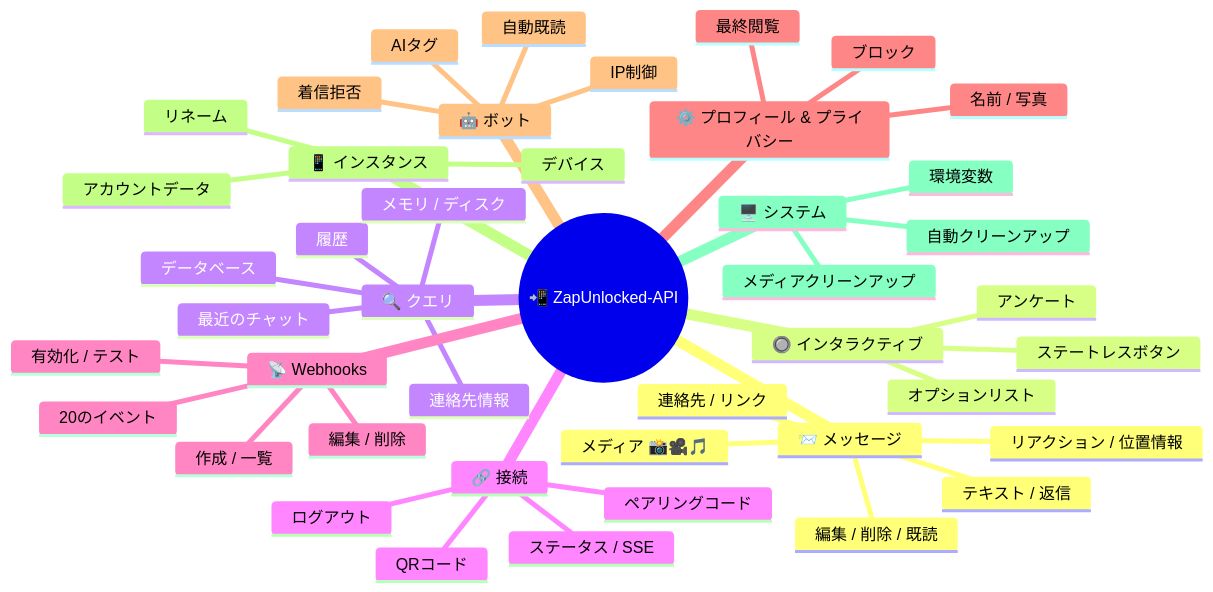
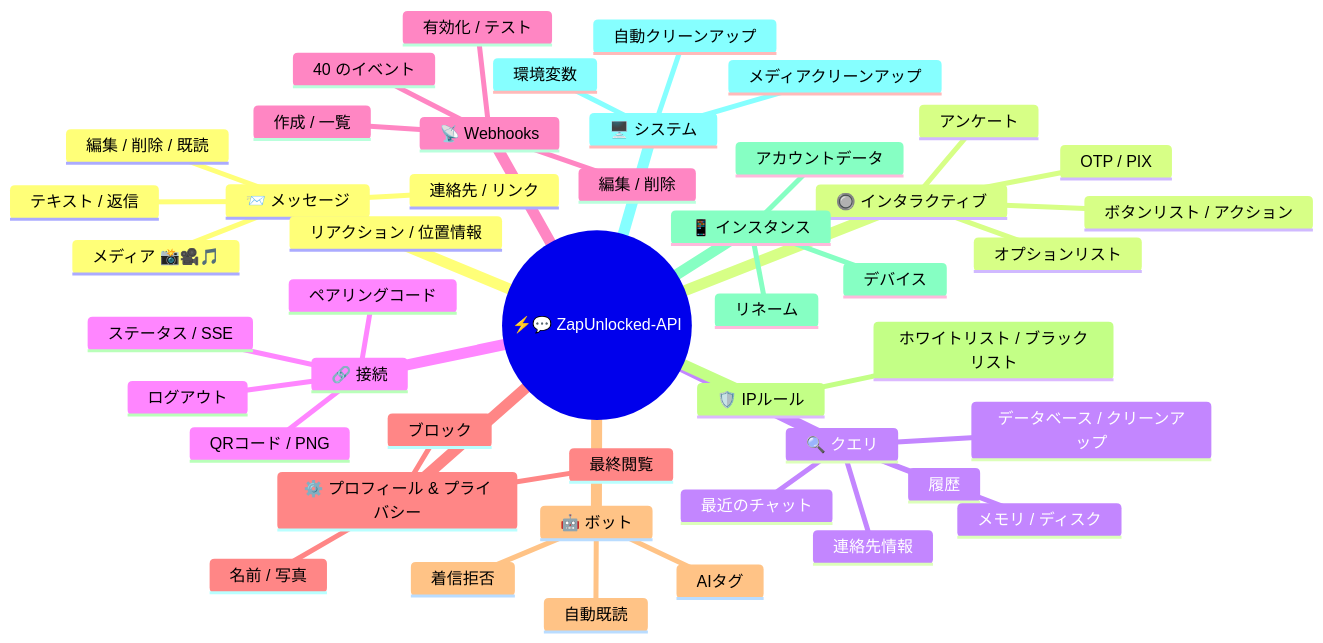
The first of 2 diagrams in docs/translations/ja.md (kauafpssx/ZapUnlocked-API), drawn with Mermaid before and after one commit. The commit also changed other lines of this file and 23 other files, not shown here.

````diff
--- a/docs/translations/ja.md
+++ b/docs/translations/ja.md
@@ -52,47 +55,49 @@
 ```mermaid
 mindmap
-  root((📲 ZapUnlocked-API))
+  root((⚡💬 ZapUnlocked-API))
     📨 メッセージ
       テキスト / 返信
       メディア 📸🎥🎵
       リアクション / 位置情報
       連絡先 / リンク
       編集 / 削除 / 既読
     🔘 インタラクティブ
-      ステートレスボタン
+      ボタンリスト / アクション
+      OTP / PIX
       オプションリスト
       アンケート
     🔍 クエリ
       連絡先情報
       履歴
       最近のチャット
       メモリ / ディスク
-      データベース
+      データベース / クリーンアップ
     🔗 接続
       ステータス / SSE
-      QRコード
+      QRコード / PNG
       ペアリングコード
       ログアウト
     📡 Webhooks
-      作成 / 一覧
-      編集 / 削除
-      有効化 / テスト
-      20のイベント
+       作成 / 一覧
+       編集 / 削除
+       有効化 / テスト
+       40 のイベント
     ⚙️ プロフィール & プライバシー
       名前 / 写真
       最終閲覧
       ブロック
     🤖 ボット
       AIタグ
-      IP制御
       着信拒否
       自動既読
+    🛡️ IPルール
+      ホワイトリスト / ブラックリスト
     📱 インスタンス
       アカウントデータ
       デバイス
       リネーム
     🖥️ システム
       環境変数
       メディアクリーンアップ
       自動クリーンアップ
 ```
````
